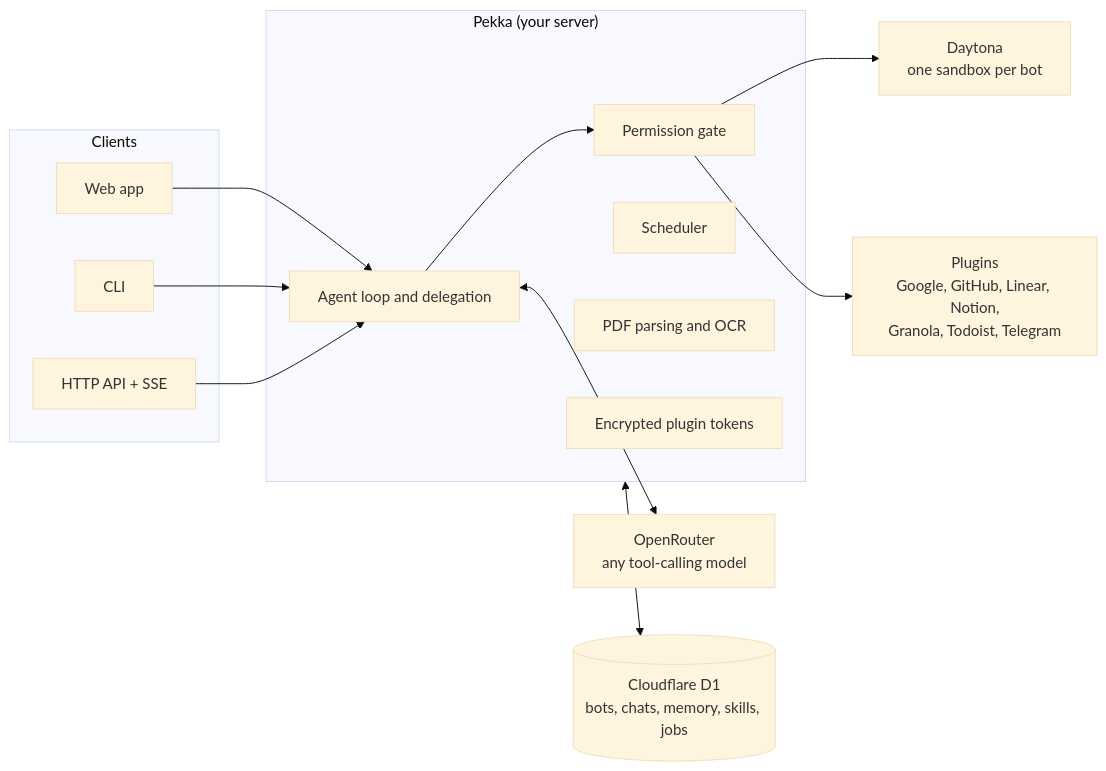
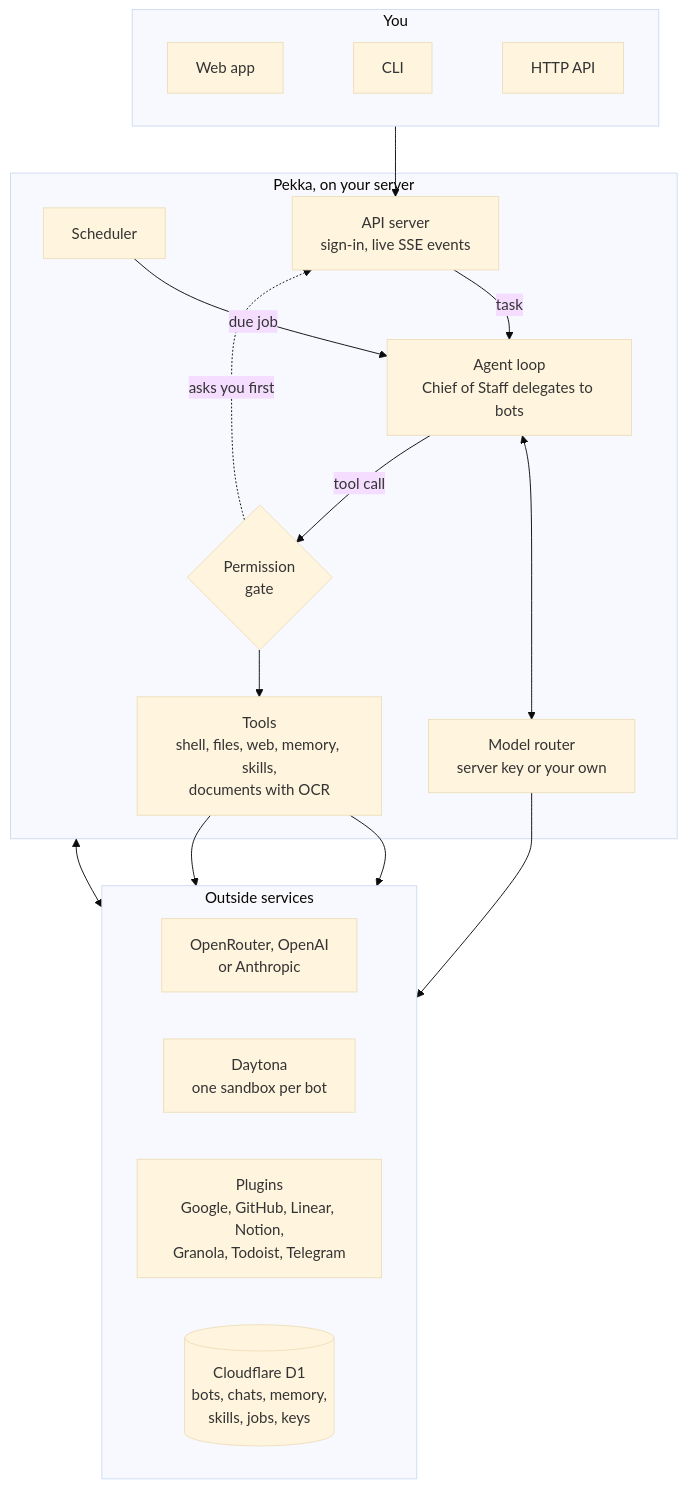
Before and after one commit to sidmanale643/pekka-bot: the diagram in README.md, drawn with Mermaid (base theme). The commit also changed other lines of this file, not shown here.

Commit message:
readme update

````diff
--- a/README.md
+++ b/README.md
@@ -64,21 +65,36 @@
 ```mermaid
-flowchart LR
-  subgraph Clients
-    W[Web app]
-    C[CLI]
-    H[HTTP API + SSE]
+flowchart TB
+  subgraph You
+    direction LR
+    W[Web app] ~~~ C[CLI] ~~~ H[HTTP API]
   end
-  subgraph Pekka["Pekka (your server)"]
-    L[Agent loop and delegation]
-    P[Permission gate]
+
+  subgraph Pekka["Pekka, on your server"]
     S[Scheduler]
-    D[PDF parsing and OCR]
-    K[Encrypted plugin tokens]
+    A[API server<br/>sign-in, live SSE events]
+    L[Agent loop<br/>Chief of Staff delegates to bots]
+    M[Model router<br/>server key or your own]
+    G{Permission<br/>gate}
+    T[Tools<br/>shell, files, web, memory, skills,<br/>documents with OCR]
   end
-  W & C & H --> L
-  L --> P
-  L <--> OR[OpenRouter<br/>any tool-calling model]
-  P --> DT[Daytona<br/>one sandbox per bot]
-  P --> PL[Plugins<br/>Google, GitHub, Linear, Notion,<br/>Granola, Todoist, Telegram]
-  Pekka <--> DB[(Cloudflare D1<br/>bots, chats, memory, skills, jobs)]
+
+  subgraph Services["Outside services"]
+    direction LR
+    LLM[OpenRouter, OpenAI<br/>or Anthropic]
+    DT[Daytona<br/>one sandbox per bot]
+    PL[Plugins<br/>Google, GitHub, Linear, Notion,<br/>Granola, Todoist, Telegram]
+    DB[(Cloudflare D1<br/>bots, chats, memory,<br/>skills, jobs, keys)]
+  end
+
+  You --> A
+  S -- due job --> L
+  A -- task --> L
+  L <--> M
+  L -- tool call --> G
+  G -. asks you first .-> A
+  G --> T
+  M --> LLM
+  T --> DT
+  T --> PL
+  Pekka <--> DB
 ```
````
